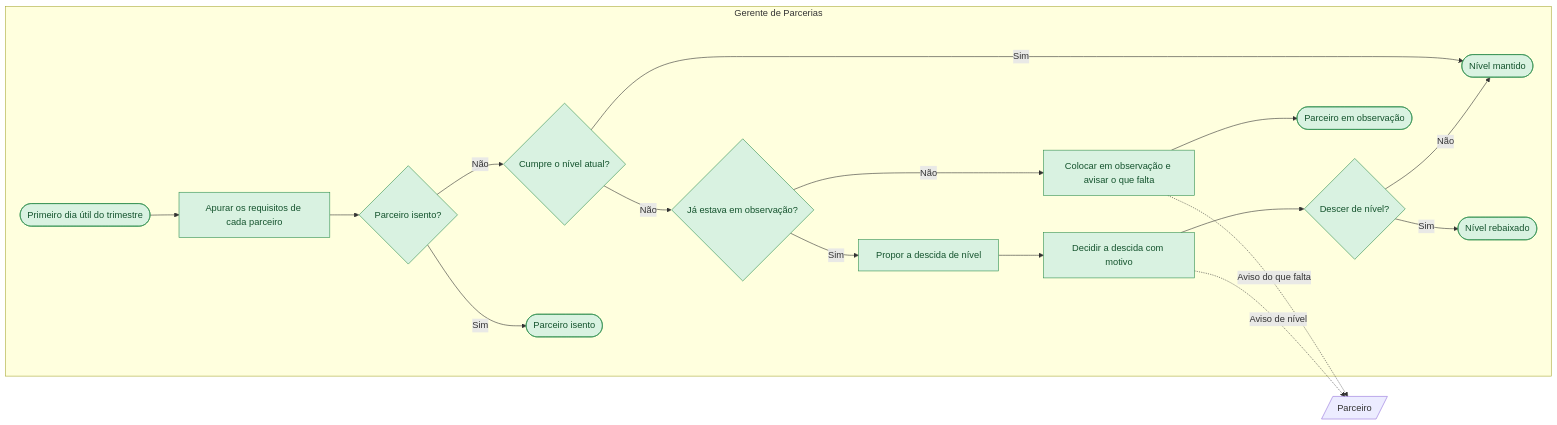
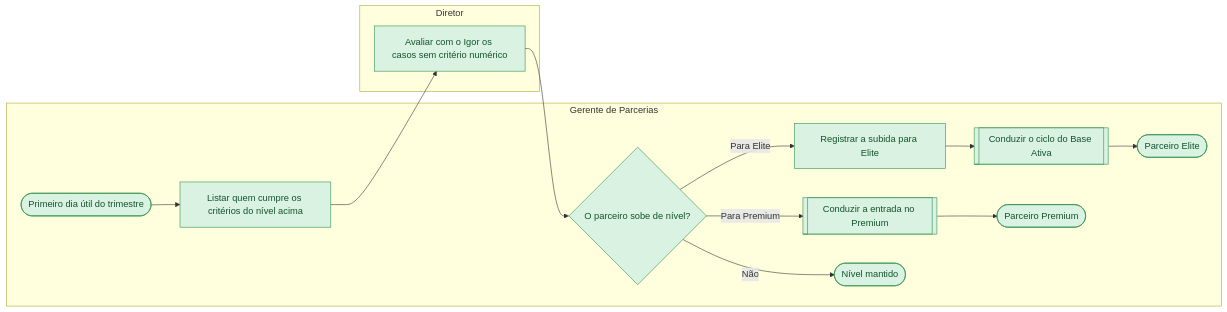
The diagram in mapeamentos/wise-partners-to-be/saidas/mermaid/fluxo-3-4-revisar-o-nivel-dos-parceiros.mmd (Guilherme-MFaccin/Wise-Partners), drawn with Mermaid before and after one commit. The commit also changed 89 other files, not shown here.

First line of the commit message:
Mapeamento to-be v8: Rodada 7 (FO-11 e FO-12) aplicada; fila da landing sem o nome do Igor

```diff
--- a/mapeamentos/wise-partners-to-be/saidas/mermaid/fluxo-3-4-revisar-o-nivel-dos-parceiros.mmd
+++ b/mapeamentos/wise-partners-to-be/saidas/mermaid/fluxo-3-4-revisar-o-nivel-dos-parceiros.mmd
@@ -1,36 +1,28 @@
 flowchart LR
     classDef confirmado fill:#D9F2E1,stroke:#2F8F4E,color:#14532D
     classDef declarado fill:#FFF3C4,stroke:#B8860B,color:#5C4300
     classDef hipotese fill:#FFFFFF,stroke:#8A9099,color:#3F4650,stroke-dasharray: 5 5
     classDef contestado fill:#FDE2E1,stroke:#C53030,color:#7F1D1D
     subgraph raia_PA_01 ["Gerente de Parcerias"]
       n_i1(["Primeiro dia útil do trimestre"]):::confirmado
-      n_t1["Apurar os requisitos de cada parceiro"]:::confirmado
-      n_g0{"Parceiro isento?"}:::confirmado
-      n_g1{"Cumpre o nível atual?"}:::confirmado
-      n_g2{"Já estava em observação?"}:::confirmado
-      n_t2["Colocar em observação e avisar o que falta"]:::confirmado
-      n_t3["Propor a descida de nível"]:::confirmado
-      n_t4["Decidir a descida com motivo"]:::confirmado
-      n_g3{"Descer de nível?"}:::confirmado
-      n_f0(["Parceiro isento"]):::confirmado
+      n_t1["Listar quem cumpre os critérios do nível acima"]:::confirmado
+      n_g1{"O parceiro sobe de nível?"}:::confirmado
+      n_s1[["Conduzir a entrada no Premium"]]:::confirmado
+      n_t3["Registrar a subida para Elite"]:::confirmado
+      n_s2[["Conduzir o ciclo do Base Ativa"]]:::confirmado
       n_f1(["Nível mantido"]):::confirmado
-      n_f2(["Parceiro em observação"]):::confirmado
-      n_f3(["Nível rebaixado"]):::confirmado
+      n_f2(["Parceiro Premium"]):::confirmado
+      n_f3(["Parceiro Elite"]):::confirmado
     end
-    ext_X1[/"Parceiro"/]
+    subgraph raia_PA_02 ["Diretor"]
+      n_t2["Avaliar com o Igor os casos sem critério numérico"]:::confirmado
+    end
     n_i1 --> n_t1
-    n_t1 --> n_g0
-    n_g0 -->|Sim| n_f0
-    n_g0 -->|Não| n_g1
-    n_g1 -->|Sim| n_f1
-    n_g1 -->|Não| n_g2
-    n_g2 -->|Não| n_t2
-    n_t2 --> n_f2
-    n_g2 -->|Sim| n_t3
-    n_t3 --> n_t4
-    n_t4 --> n_g3
-    n_g3 -->|Sim| n_f3
-    n_g3 -->|Não| n_f1
-    n_t2 -.->|Aviso do que falta| ext_X1
-    n_t4 -.->|Aviso de nível| ext_X1
+    n_t1 --> n_t2
+    n_t2 --> n_g1
+    n_g1 -->|Não| n_f1
+    n_g1 -->|Para Premium| n_s1
+    n_s1 --> n_f2
+    n_g1 -->|Para Elite| n_t3
+    n_t3 --> n_s2
+    n_s2 --> n_f3
```
